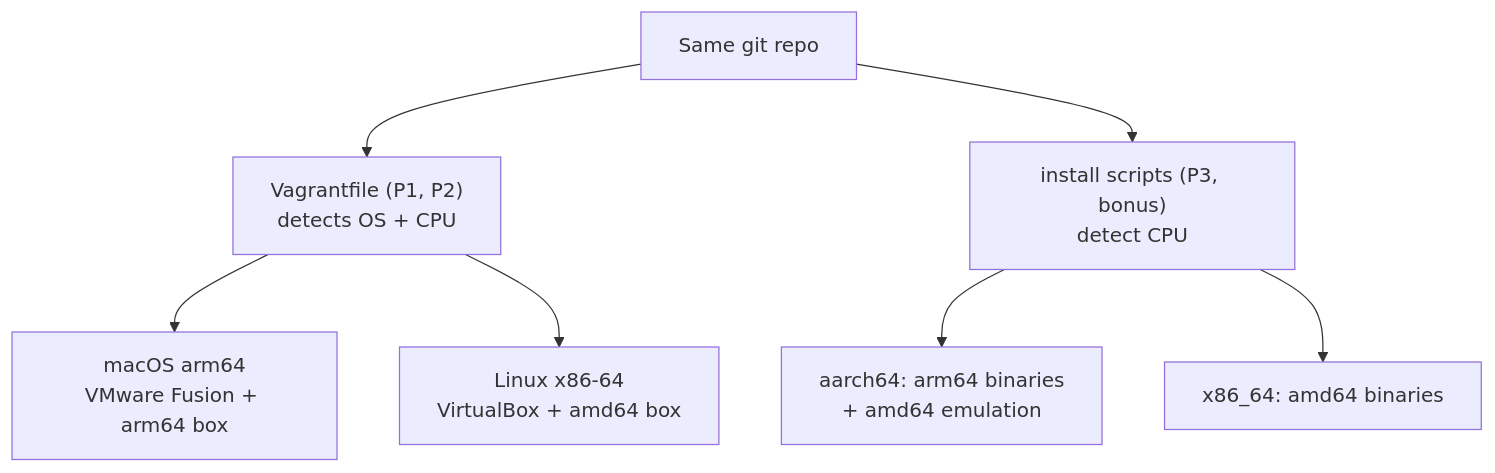
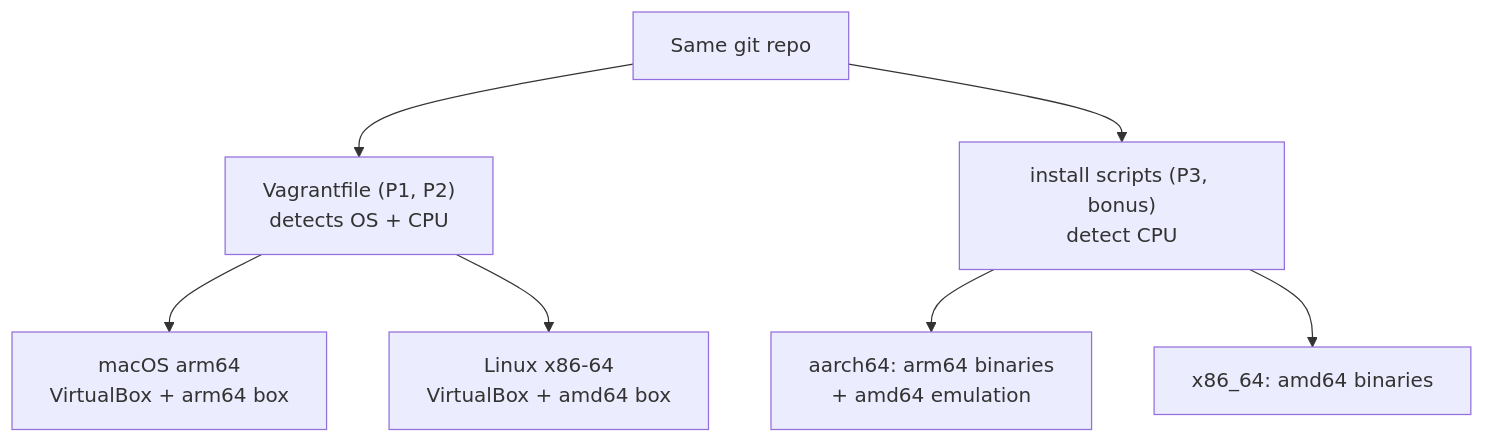
One commit to Brobit/almarico-Inception-of-things changed the first of 3 diagrams in Inception-of-Things — Step-by-Step Guide.md. Above: the diagram before and after it, drawn with Mermaid. The commit also changed other lines of this file and 11 other files, not shown here.

````diff
--- a/Inception-of-Things — Step-by-Step Guide.md
+++ b/Inception-of-Things — Step-by-Step Guide.md
@@ -9,9 +9,9 @@
 ```mermaid
 flowchart TD
     R["Same git repo"] --> V["Vagrantfile (P1, P2)<br/>detects OS + CPU"]
     R --> S["install scripts (P3, bonus)<br/>detect CPU"]
-    V --> M["macOS arm64<br/>VMware Fusion + arm64 box"]
+    V --> M["macOS arm64<br/>VirtualBox + arm64 box"]
     V --> L["Linux x86-64<br/>VirtualBox + amd64 box"]
     S --> A["aarch64: arm64 binaries<br/>+ amd64 emulation"]
     S --> X["x86_64: amd64 binaries"]
 ```
````
